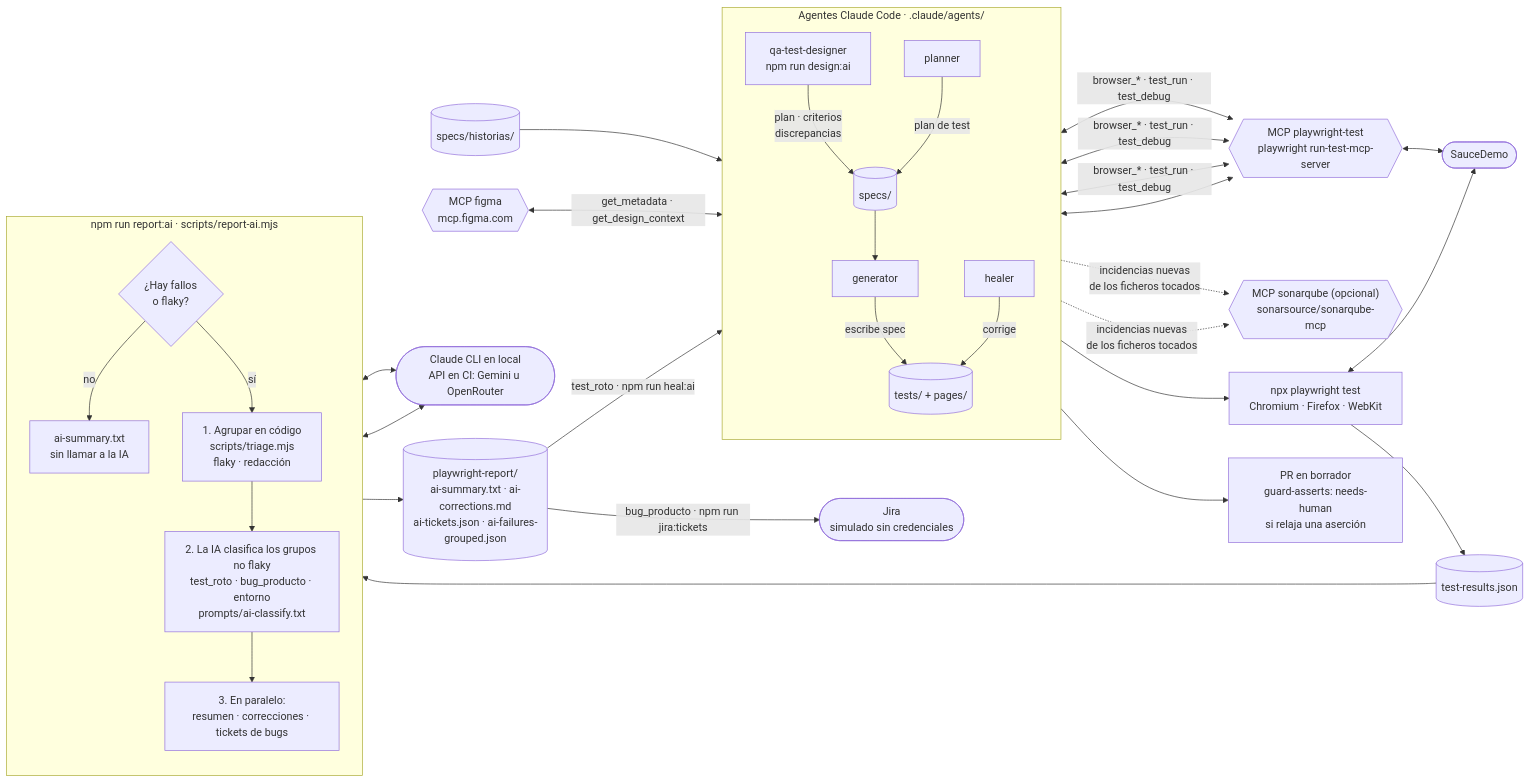
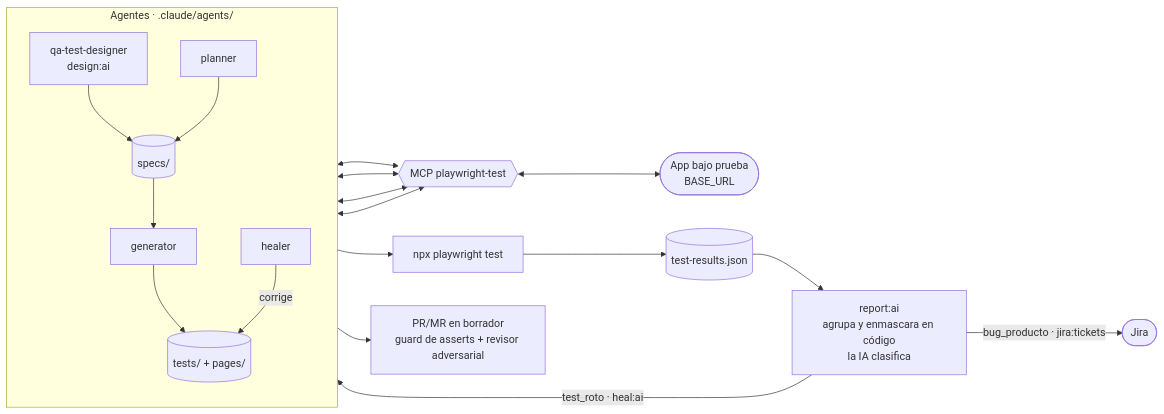
Before and after one commit to StoneFly365/playwright-demo-ia-mcp: the diagram in README.md, drawn with Mermaid. The commit also changed other lines of this file and 168 other files, not shown here.

First line of the commit message:
chore: rama plantilla con la base del framework, sin demo ni learning

````diff
--- a/README.md
+++ b/README.md
@@ -89,42 +63,19 @@
 ```mermaid
 flowchart LR
-    APP(["SauceDemo"])
-
-    subgraph AGENTS ["Agentes Claude Code · .claude/agents/"]
+    APP(["App bajo prueba<br/>BASE_URL"])
+    subgraph AGENTS ["Agentes · .claude/agents/"]
         direction TB
-        D["qa-test-designer<br/>npm run design:ai"] -->|"plan · criterios<br/>discrepancias"| SP[("specs/")]
-        P["planner"] -->|"plan de test"| SP
+        D["qa-test-designer<br/>design:ai"] --> SP[("specs/")]
+        P["planner"] --> SP
         SP --> G["generator"]
-        G -->|"escribe spec"| T[("tests/ + pages/")]
+        G --> T[("tests/ + pages/")]
         H["healer"] -->|"corrige"| T
     end
-
-    MCP{{"MCP playwright-test<br/>playwright run-test-mcp-server"}}
-    P & G & H <-->|"browser_* · test_run · test_debug"| MCP
-    MCP <--> APP
-    HU[("specs/historias/")] --> D
-    FIG{{"MCP figma<br/>mcp.figma.com"}} <-->|"get_metadata · get_design_context"| D
-    D <--> MCP
-    SQ{{"MCP sonarqube (opcional)<br/>sonarsource/sonarqube-mcp"}}
-    G & H -.->|"incidencias nuevas<br/>de los ficheros tocados"| SQ
-
-    T --> RUN["npx playwright test<br/>Chromium · Firefox · WebKit"]
-    RUN <--> APP
-    RUN --> JSON[("test-results.json")]
-
-    subgraph AI ["npm run report:ai · scripts/report-ai.mjs"]
-        direction TB
-        CHK{"¿Hay fallos<br/>o flaky?"} -->|"no"| OK["ai-summary.txt<br/>sin llamar a la IA"]
-        CHK -->|"sí"| GR["1. Agrupar en código<br/>scripts/triage.mjs<br/>flaky · redacción"]
-        GR --> CL["2. La IA clasifica los grupos no flaky<br/>test_roto · bug_producto · entorno<br/>prompts/ai-classify.txt"]
-        CL --> PAR["3. En paralelo:<br/>resumen · correcciones · tickets de bugs"]
-    end
-
-    JSON --> CHK
-    LLM(["Claude CLI en local<br/>API en CI: Gemini u OpenRouter"])
-    CL & PAR <--> LLM
-    PAR --> OUT[("playwright-report/<br/>ai-summary.txt · ai-corrections.md<br/>ai-tickets.json · ai-failures-grouped.json")]
-    OUT -->|"test_roto · npm run heal:ai"| H
-    H --> PR["PR en borrador<br/>guard-asserts: needs-human<br/>si relaja una aserción"]
-    OUT -->|"bug_producto · npm run jira:tickets"| JIRA(["Jira<br/>simulado sin credenciales"])
+    MCP{{"MCP playwright-test"}}
+    P & G & H & D <--> MCP <--> APP
+    T --> RUN["npx playwright test"] --> JSON[("test-results.json")]
+    JSON --> AI["report:ai<br/>agrupa y enmascara en código<br/>la IA clasifica"]
+    AI -->|"test_roto · heal:ai"| H
+    H --> PR["PR/MR en borrador<br/>guard de asserts + revisor adversarial"]
+    AI -->|"bug_producto · jira:tickets"| JIRA(["Jira"])
 ```
````
